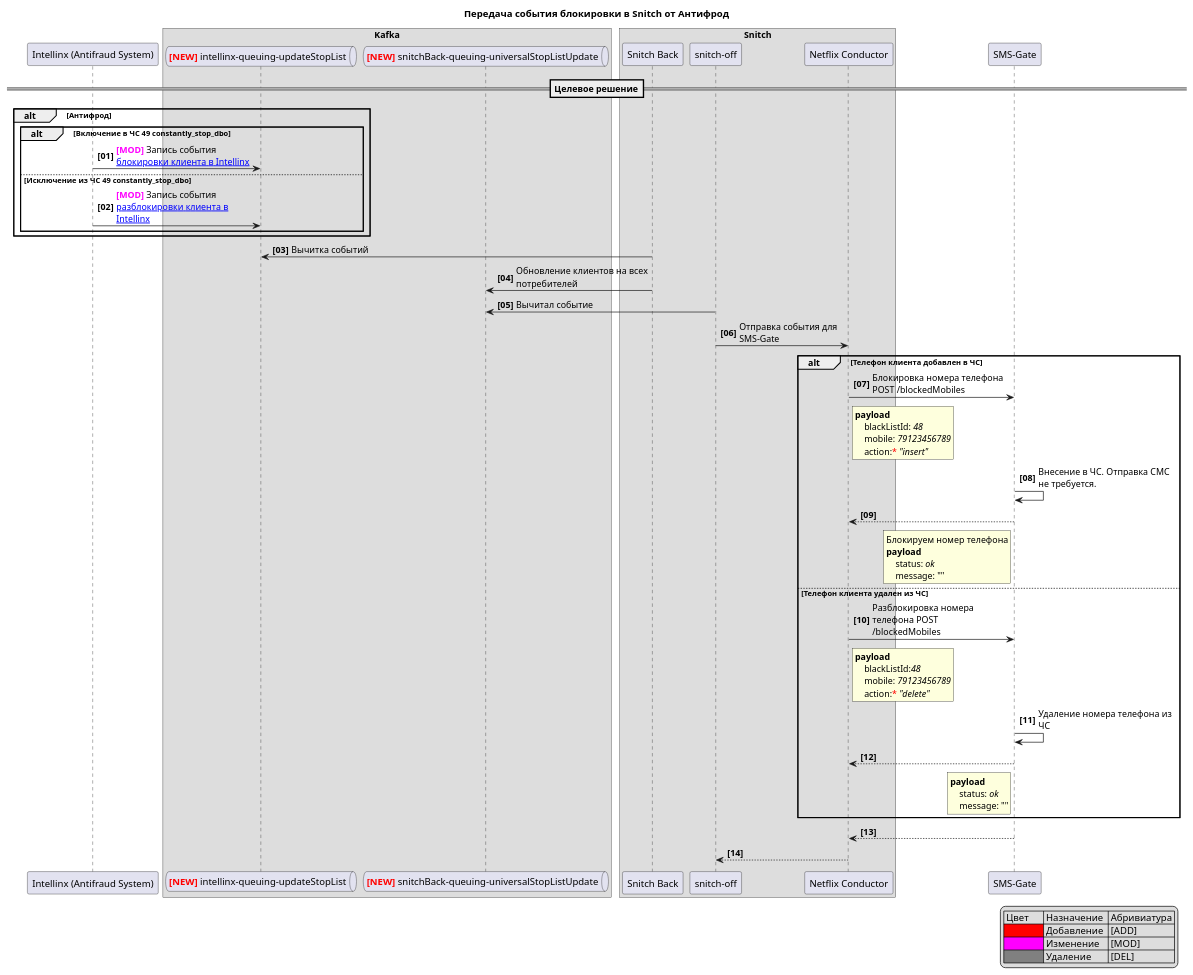
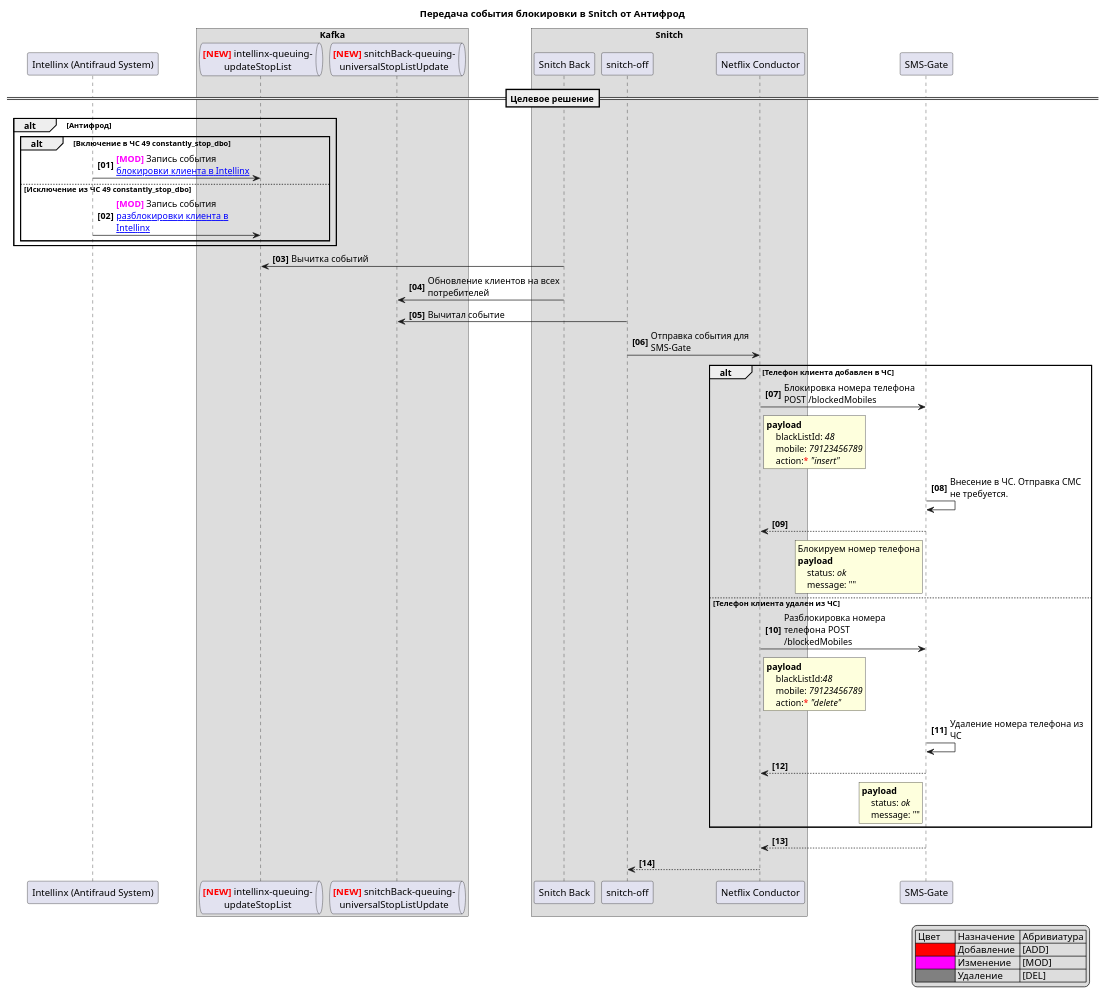
The diagram in docs/OB-18572-FL/files/FL_01.puml (ParHandler/docopsrepo), drawn with PlantUML before and after one commit.

Commit message:
[OB-18572] Добавляет мелкие правки в статью

```diff
--- a/docs/OB-18572-FL/files/FL_01.puml
+++ b/docs/OB-18572-FL/files/FL_01.puml
@@ -2,89 +2,89 @@
 @startuml
 autonumber "<b>[00]"
 skinparam maxMessageSize 200
 hide unlinked
 
 participant "SmartData" as SmartData
 participant "Intellinx (Antifraud System)" as Intellinx
 box "Kafka"
-    queue "<color:red>**[NEW]**</color> ufo-queuing-forceLogoutBlock" as          KafkaUFOBlock
-    queue "<color:red>**[NEW]**</color> ufo-queuing-forceLogoutUnblock" as        KafkaUFOUnblock
-    queue "<color:red>**[NEW]**</color> intellinx-queuing-updateStopList" as      KafkaIntellinx
-    queue "<color:red>**[NEW]**</color> smartdata-events-forceLogout" as          KafkaSmartData
-    queue "<color:red>**[NEW]**</color> netflix-events-forceLogout" as            KafkaNetflix
-    queue "<color:red>**[NEW]**</color> snitchOff_queuing_blackListChecks" as     KafkaSnitchOff
-    queue "<color:red>**[NEW]**</color> snitchBack-queuing-universalStopListUpdate" as KafkaSnitchBackUniversalStopListUpdate
+    queue "<color:red>**[NEW]**</color> ufo-queuing-\nforceLogoutBlock" as          KafkaUFOBlock
+    queue "<color:red>**[NEW]**</color> ufo-queuing-\nforceLogoutUnblock" as        KafkaUFOUnblock
+    queue "<color:red>**[NEW]**</color> intellinx-queuing-\nupdateStopList" as      KafkaIntellinx
+    queue "<color:red>**[NEW]**</color> smartdata-events-\nforceLogout" as          KafkaSmartData
+    queue "<color:red>**[NEW]**</color> netflix-events-\nforceLogout" as            KafkaNetflix
+    queue "<color:red>**[NEW]**</color> snitchOff_queuing_\nblackListChecks" as     KafkaSnitchOff
+    queue "<color:red>**[NEW]**</color> snitchBack-queuing-\nuniversalStopListUpdate" as KafkaSnitchBackUniversalStopListUpdate
 end box
 
 
 box "Snitch"
     participant "Snitch Back" as            Snitch
     participant "snitch-off" as SnitchOff 
     participant "Netflix Conductor" as      Netflix
 end box
 
 participant "SMS-Gate" as               smsgate
 actor "Bank Client" as                  client
 participant "Ocelot Api Gateway" as     ocelot
 participant "myc-auth-server api" as    api
 
 title Передача события блокировки в Snitch от Антифрод
 ==Целевое решение==
 'UFO -> Кафка <- Snitch Back -> Кафка <- Netflix -> SMS-Gate.
 alt Антифрод
     alt Включение в ЧС 49 constantly_stop_dbo
         Intellinx -> KafkaIntellinx: <color:magenta>**[MOD]**</color> Запись события [[https://confluence.homecredit.ru/confluence/display/SNIT/intellinx-queuing-updateStopList блокировки клиента в Intellinx]]
     else Исключение из ЧС 49 constantly_stop_dbo
         Intellinx -> KafkaIntellinx: <color:magenta>**[MOD]**</color> Запись события [[https://confluence.homecredit.ru/confluence/display/SNIT/intellinx-queuing-updateStopList разблокировки клиента в Intellinx]]     
     end
 end 
 
 Snitch -> KafkaIntellinx: Вычитка событий
 Snitch -> KafkaSnitchBackUniversalStopListUpdate: Обновление клиентов на всех потребителей
 SnitchOff -> KafkaSnitchBackUniversalStopListUpdate: Вычитал событие
 SnitchOff -> Netflix: Отправка события для SMS-Gate
 
 alt Телефон клиента добавлен в ЧС
     Netflix -> smsgate: Блокировка номера телефона POST /blockedMobiles
         rnote right Netflix
             **payload**
                 blackListId: //48//
                 mobile: //79123456789//
                 action:<font color="red">*</font> //"insert"//
         end note
     smsgate -> smsgate: Внесение в ЧС. Отправка СМС не требуется.
     Netflix <-- smsgate:
     rnote left smsgate
         Блокируем номер телефона
         **payload**
             status: //ok//
             message: ""
     end note
 else Телефон клиента удален из ЧС
     Netflix -> smsgate: Разблокировка номера телефона POST /blockedMobiles
         rnote right Netflix
             **payload**
                 blackListId://48//
                 mobile: //79123456789//
                 action:<font color="red">*</font> //"delete"//
         end note
     smsgate -> smsgate: Удаление номера телефона из ЧС
     Netflix <-- smsgate:
     rnote left smsgate
         **payload**
             status: //ok//
             message: ""
     end note
 end
 
 smsgate --> Netflix
 Netflix --> SnitchOff
 
 legend right
     | Цвет      | Назначение  | Абривиатура |
     |<#Red>     | Добавление  | [ADD]       |
     |<#magenta> | Изменение   | [MOD]       |
     |<#gray>    | Удаление    | [DEL]       |
 endlegend
 
 @enduml
```
